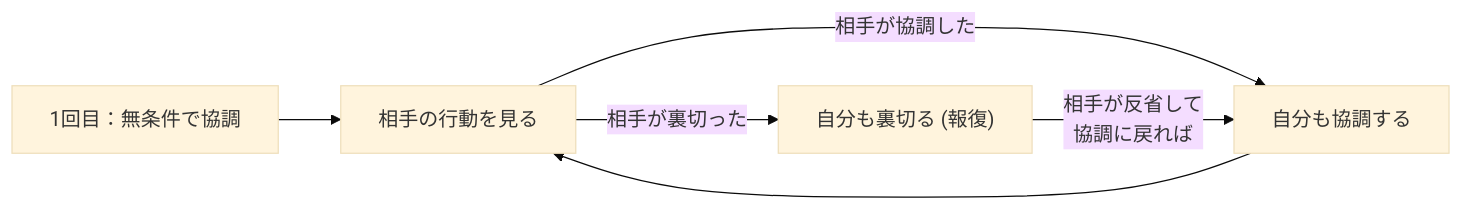
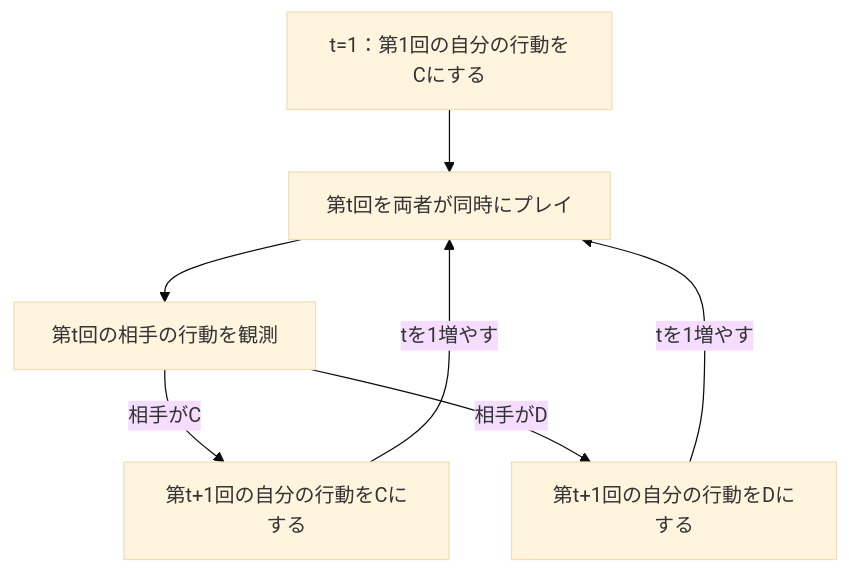
The second of 2 diagrams in content/post/囚人のジレンマ/index.md (kenjinote/blog), drawn with Mermaid (base theme) before and after one commit. The commit also changed other lines of this file and 13 other files, not shown here.

````diff
--- a/content/post/囚人のジレンマ/index.md
+++ b/content/post/囚人のジレンマ/index.md
@@ -132,10 +133,9 @@
 ```mermaid
-graph LR
-    Start["1回目：無条件で協調"] --> Round2
-    
-    Round2["相手の行動を見る"] -->|"相手が協調した"| Act_Coop["自分も協調する"]
-    Round2 -->|"相手が裏切った"| Act_Betray["自分も裏切る (報復)"]
-    
-    Act_Coop --> Round2
-    Act_Betray -->|"相手が反省して<br>協調に戻れば"| Act_Coop
+graph TD
+    Start["t=1：第1回の自分の行動をCにする"] --> Play["第t回を両者が同時にプレイ"]
+    Play --> Observe["第t回の相手の行動を観測"]
+    Observe -->|"相手がC"| NextC["第t+1回の自分の行動をCにする"]
+    Observe -->|"相手がD"| NextD["第t+1回の自分の行動をDにする"]
+    NextC -->|"tを1増やす"| Play
+    NextD -->|"tを1増やす"| Play
 ```
````
